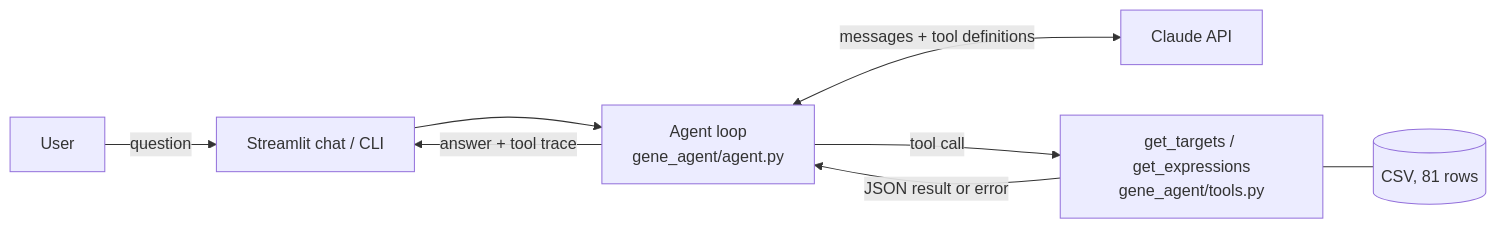
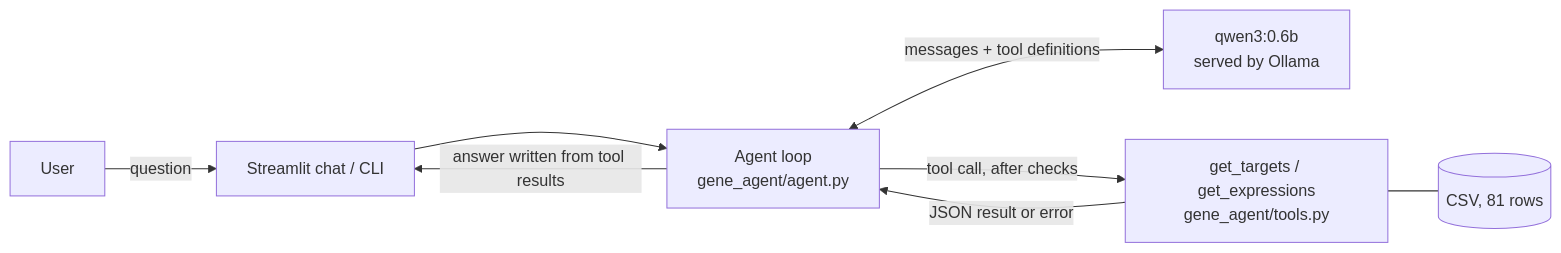
Before and after one commit to FirasHmedi/owkin-gene-agent: the diagram in README.md, drawn with Mermaid. The commit also changed other lines of this file, not shown here.

````diff
--- a/README.md
+++ b/README.md
@@ -54,10 +54,10 @@
 ```mermaid
 flowchart LR
     U[User] -->|question| UI[Streamlit chat / CLI]
     UI --> A[Agent loop<br/>gene_agent/agent.py]
-    A <-->|messages + tool definitions| M[Claude API]
-    A -->|tool call| T[get_targets / get_expressions<br/>gene_agent/tools.py]
+    A <-->|messages + tool definitions| M[qwen3:0.6b<br/>served by Ollama]
+    A -->|tool call, after checks| T[get_targets / get_expressions<br/>gene_agent/tools.py]
     T -->|JSON result or error| A
     T --- D[(CSV, 81 rows)]
-    A -->|answer + tool trace| UI
+    A -->|answer written from tool results| UI
 ```
````
